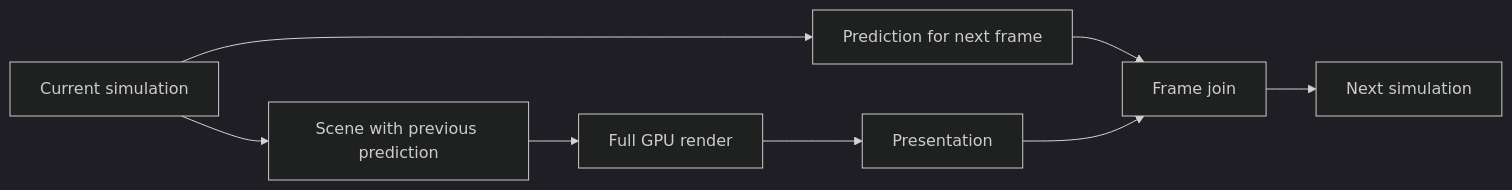
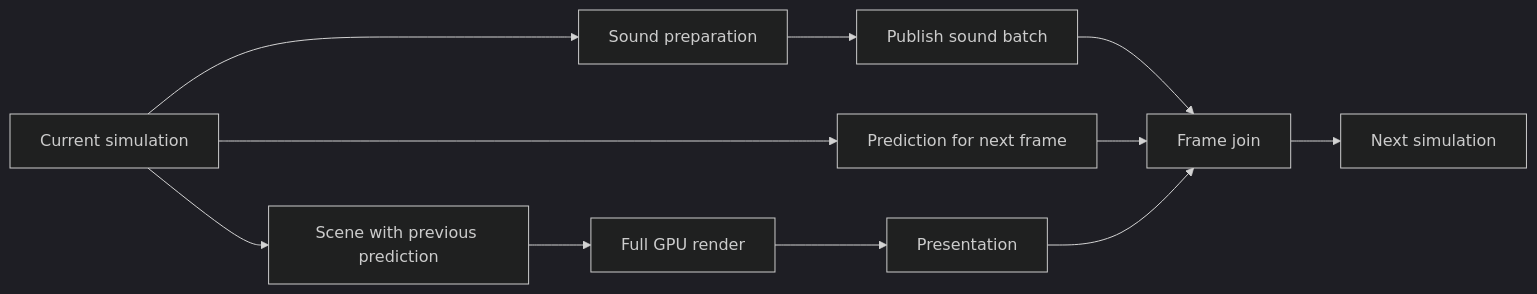
The first of 2 diagrams in docs/runtime/task-graph.md (Hardcode84/10), drawn with Mermaid (dark theme) before and after one commit. The commit also changed other lines of this file and 42 other files, not shown here.

````diff
--- a/docs/runtime/task-graph.md
+++ b/docs/runtime/task-graph.md
@@ -31,10 +33,13 @@
 ```mermaid
 flowchart LR
     S[Current simulation] --> P[Prediction for next frame]
     S --> A[Scene with previous prediction]
+    S --> U[Sound preparation]
+    U --> B[Publish sound batch]
+    B --> J
     A --> R[Full GPU render]
     R --> O[Presentation]
     P --> J[Frame join]
     O --> J
     J --> N[Next simulation]
 ```
````
